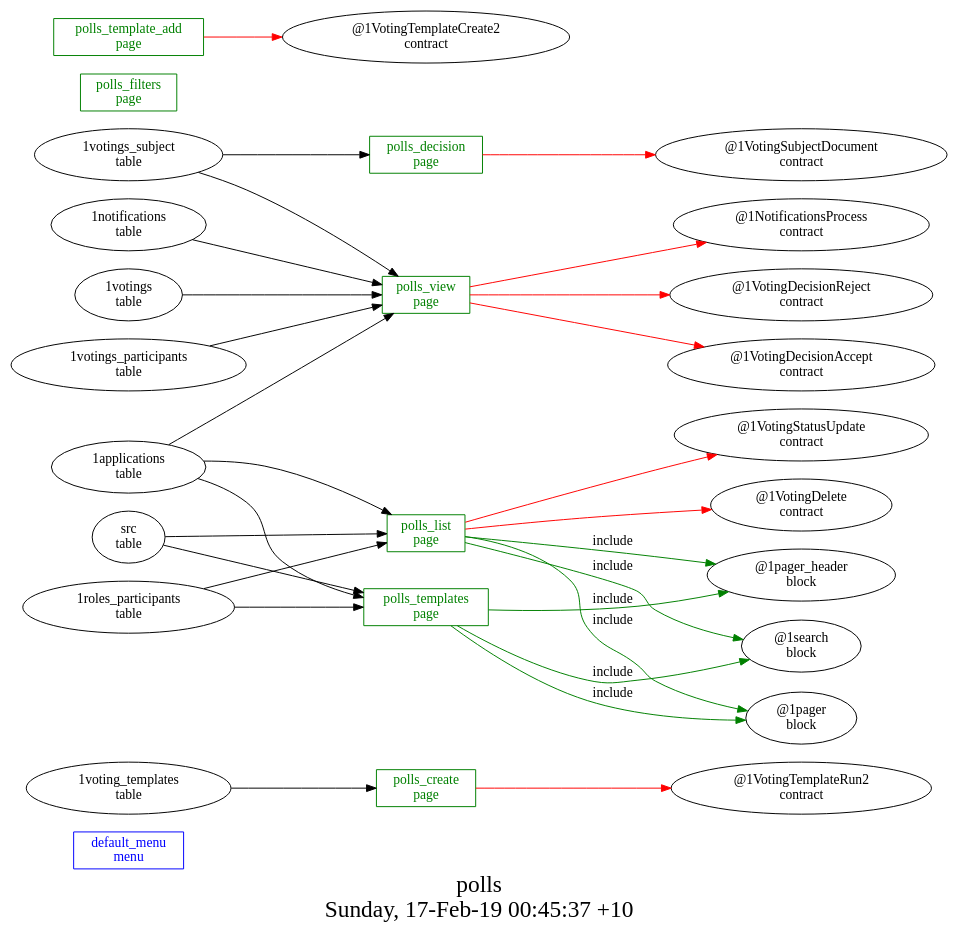
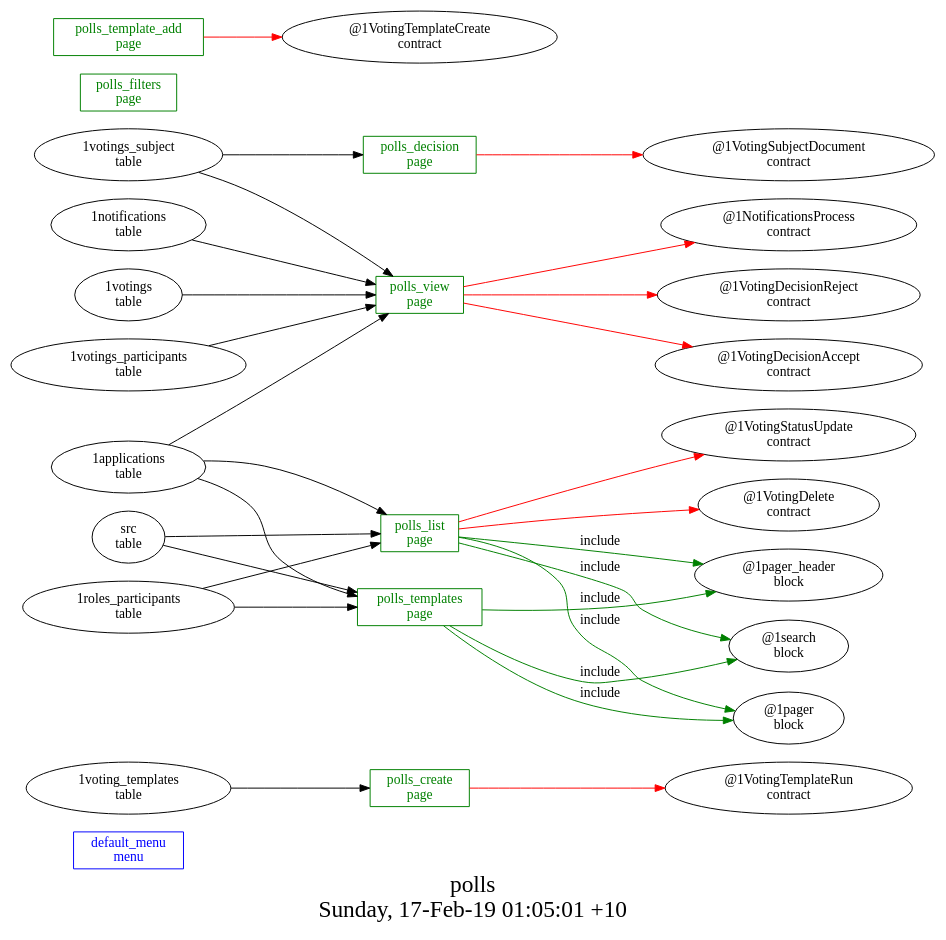
Before and after one commit to AplaProject/apps: the diagram in platform_apps/polls/struct.dot, drawn with Graphviz. The commit also changed 26 other files, not shown here.

```diff
--- a/platform_apps/polls/struct.dot
+++ b/platform_apps/polls/struct.dot
@@ -1,43 +1,43 @@
 digraph G {
 fontsize="24";
-label="polls\nSunday, 17-Feb-19 00:45:37 +10";
+label="polls\nSunday, 17-Feb-19 01:05:01 +10";
 nojustify=true;
 ordering=out;
 rankdir=LR;
 size="30";
 "default_menu\nmenu" [color=blue, fontcolor=blue, group=menus, shape=record];
-"polls_create\npage" -> "@1VotingTemplateRun2\ncontract"  [ color=red ]
+"polls_create\npage" -> "@1VotingTemplateRun\ncontract"  [ color=red ]
 "1voting_templates\ntable" -> "polls_create\npage"
 "polls_create\npage" [color=green, fontcolor=green, group=pages, shape=record];
 "polls_decision\npage" -> "@1VotingSubjectDocument\ncontract"  [ color=red ]
 "1votings_subject\ntable" -> "polls_decision\npage"
 "polls_decision\npage" [color=green, fontcolor=green, group=pages, shape=record];
 "polls_filters\npage" [color=green, fontcolor=green, group=pages, shape=record];
 "polls_list\npage" -> "@1VotingStatusUpdate\ncontract"  [ color=red ]
 "polls_list\npage" -> "@1VotingDelete\ncontract"  [ color=red ]
 "1applications\ntable" -> "polls_list\npage"
 "1roles_participants\ntable" -> "polls_list\npage"
 "src\ntable" -> "polls_list\npage"
 "polls_list\npage" -> "@1pager_header\nblock"  [ color=green, label=include ]
 "polls_list\npage" -> "@1search\nblock"  [ color=green, label=include ]
 "polls_list\npage" -> "@1pager\nblock"  [ color=green, label=include ]
 "polls_list\npage" [color=green, fontcolor=green, group=pages, shape=record];
-"polls_template_add\npage" -> "@1VotingTemplateCreate2\ncontract"  [ color=red ]
+"polls_template_add\npage" -> "@1VotingTemplateCreate\ncontract"  [ color=red ]
 "polls_template_add\npage" [color=green, fontcolor=green, group=pages, shape=record];
 "1applications\ntable" -> "polls_templates\npage"
 "1roles_participants\ntable" -> "polls_templates\npage"
 "src\ntable" -> "polls_templates\npage"
 "polls_templates\npage" -> "@1pager_header\nblock"  [ color=green, label=include ]
 "polls_templates\npage" -> "@1search\nblock"  [ color=green, label=include ]
 "polls_templates\npage" -> "@1pager\nblock"  [ color=green, label=include ]
 "polls_templates\npage" [color=green, fontcolor=green, group=pages, shape=record];
 "polls_view\npage" -> "@1NotificationsProcess\ncontract"  [ color=red ]
 "polls_view\npage" -> "@1VotingDecisionReject\ncontract"  [ color=red ]
 "polls_view\npage" -> "@1VotingDecisionAccept\ncontract"  [ color=red ]
 "1applications\ntable" -> "polls_view\npage"
 "1notifications\ntable" -> "polls_view\npage"
 "1votings\ntable" -> "polls_view\npage"
 "1votings_participants\ntable" -> "polls_view\npage"
 "1votings_subject\ntable" -> "polls_view\npage"
 "polls_view\npage" [color=green, fontcolor=green, group=pages, shape=record];
 }
```
